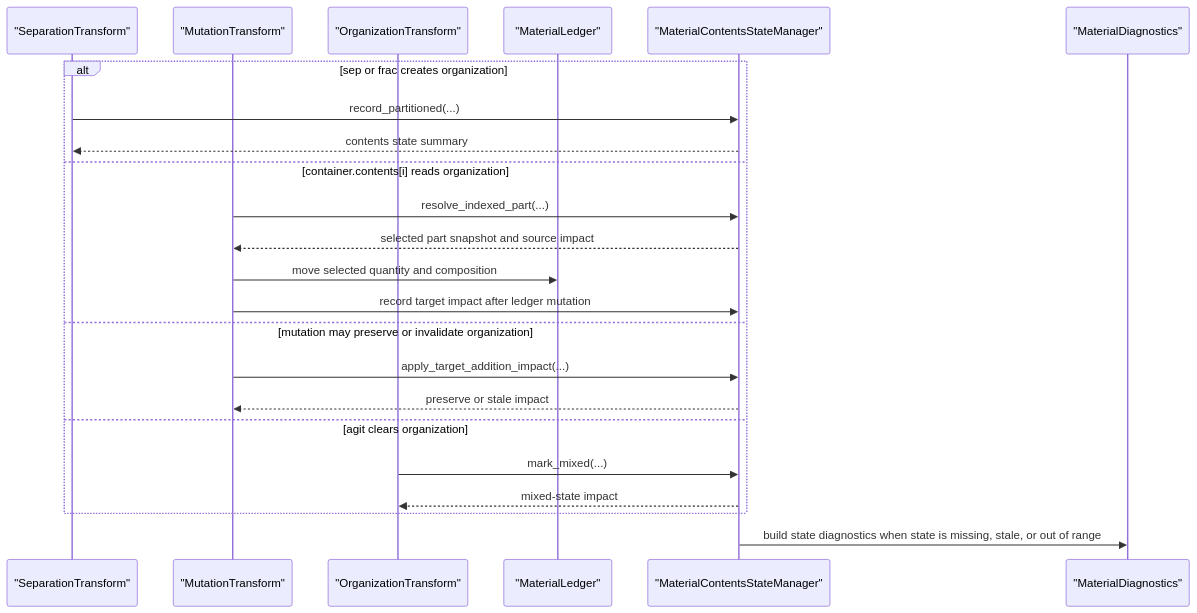
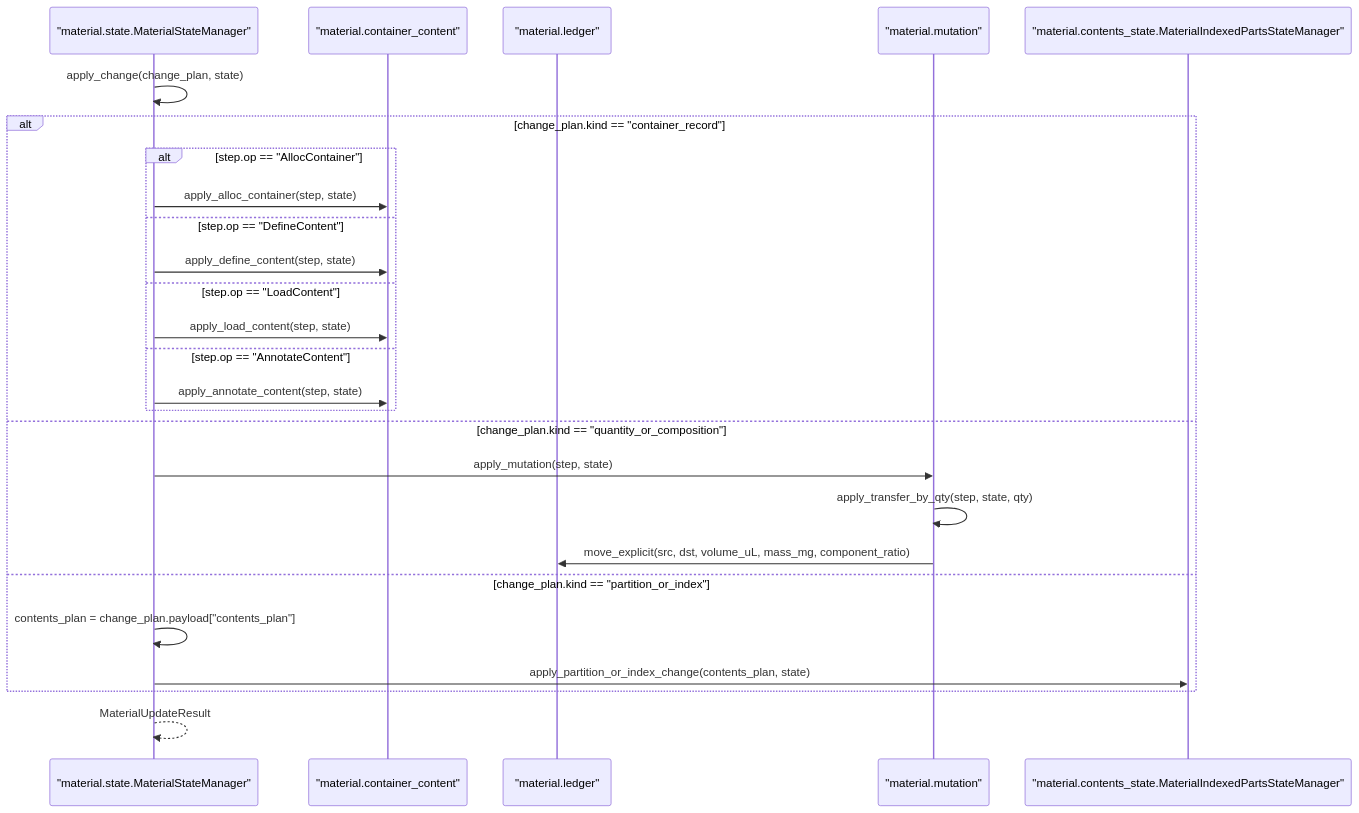
The fifth of 8 diagrams in docs/architecture/material_compute_module_diagrams.md (culsma/culsma), drawn with Mermaid before and after one commit. The commit also changed other lines of this file and 10 other files, not shown here.

````diff
--- a/docs/architecture/material_compute_module_diagrams.md
+++ b/docs/architecture/material_compute_module_diagrams.md
@@ -288,27 +250,31 @@
 ```mermaid
 sequenceDiagram
-    participant SeparationTransform as "SeparationTransform"
-    participant MutationTransform as "MutationTransform"
-    participant OrganizationTransform as "OrganizationTransform"
-    participant Ledger as "MaterialLedger"
-    participant ContentsState as "MaterialContentsStateManager"
-    participant Diagnostics as "MaterialDiagnostics"
+    participant StateManager as "material.state.MaterialStateManager"
+    participant ContainerContent as "material.container_content"
+    participant Ledger as "material.ledger"
+    participant Mutation as "material.mutation"
+    participant PartsManager as "material.contents_state.MaterialIndexedPartsStateManager"
 
-    alt sep or frac creates organization
-        SeparationTransform->>ContentsState: record_partitioned(...)
-        ContentsState-->>SeparationTransform: contents state summary
-    else container.contents[i] reads organization
-        MutationTransform->>ContentsState: resolve_indexed_part(...)
-        ContentsState-->>MutationTransform: selected part snapshot and source impact
-        MutationTransform->>Ledger: move selected quantity and composition
-        MutationTransform->>ContentsState: record target impact after ledger mutation
-    else mutation may preserve or invalidate organization
-        MutationTransform->>ContentsState: apply_target_addition_impact(...)
-        ContentsState-->>MutationTransform: preserve or stale impact
-    else agit clears organization
-        OrganizationTransform->>ContentsState: mark_mixed(...)
-        ContentsState-->>OrganizationTransform: mixed-state impact
+    StateManager->>StateManager: apply_change(change_plan, state)
+
+    alt change_plan.kind == "container_record"
+        alt step.op == "AllocContainer"
+            StateManager->>ContainerContent: apply_alloc_container(step, state)
+        else step.op == "DefineContent"
+            StateManager->>ContainerContent: apply_define_content(step, state)
+        else step.op == "LoadContent"
+            StateManager->>ContainerContent: apply_load_content(step, state)
+        else step.op == "AnnotateContent"
+            StateManager->>ContainerContent: apply_annotate_content(step, state)
+        end
+    else change_plan.kind == "quantity_or_composition"
+        StateManager->>Mutation: apply_mutation(step, state)
+        Mutation->>Mutation: apply_transfer_by_qty(step, state, qty)
+        Mutation->>Ledger: move_explicit(src, dst, volume_uL, mass_mg, component_ratio)
+    else change_plan.kind == "partition_or_index"
+        StateManager->>StateManager: contents_plan = change_plan.payload["contents_plan"]
+        StateManager->>PartsManager: apply_partition_or_index_change(contents_plan, state)
     end
 
-    ContentsState->>Diagnostics: build state diagnostics when state is missing, stale, or out of range
+    StateManager-->>StateManager: MaterialUpdateResult
 ```
````
